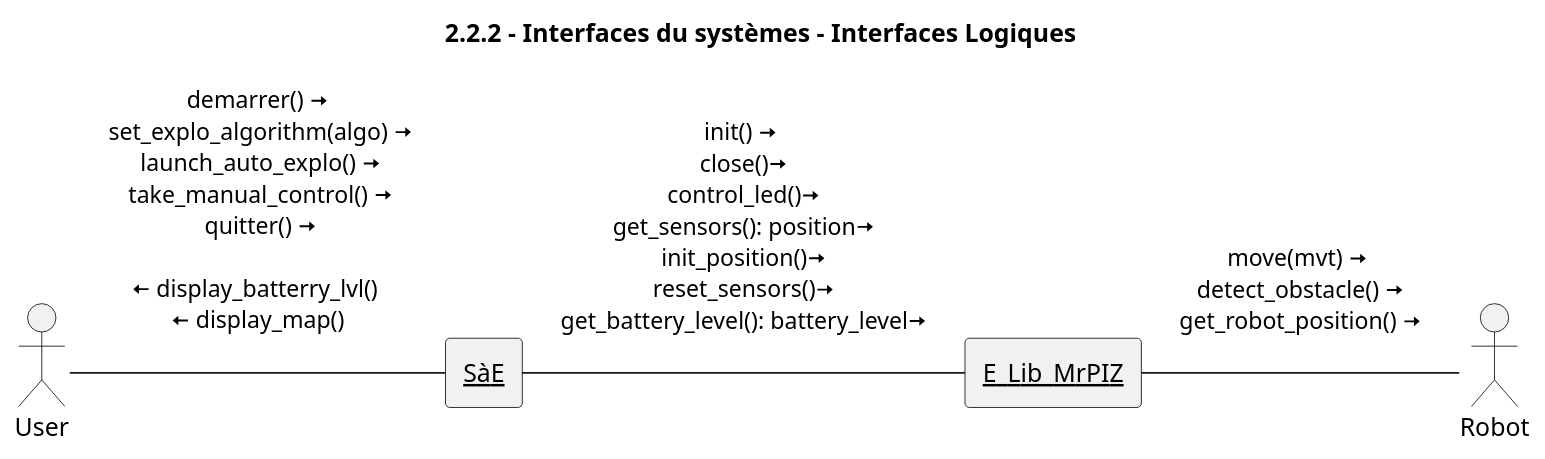
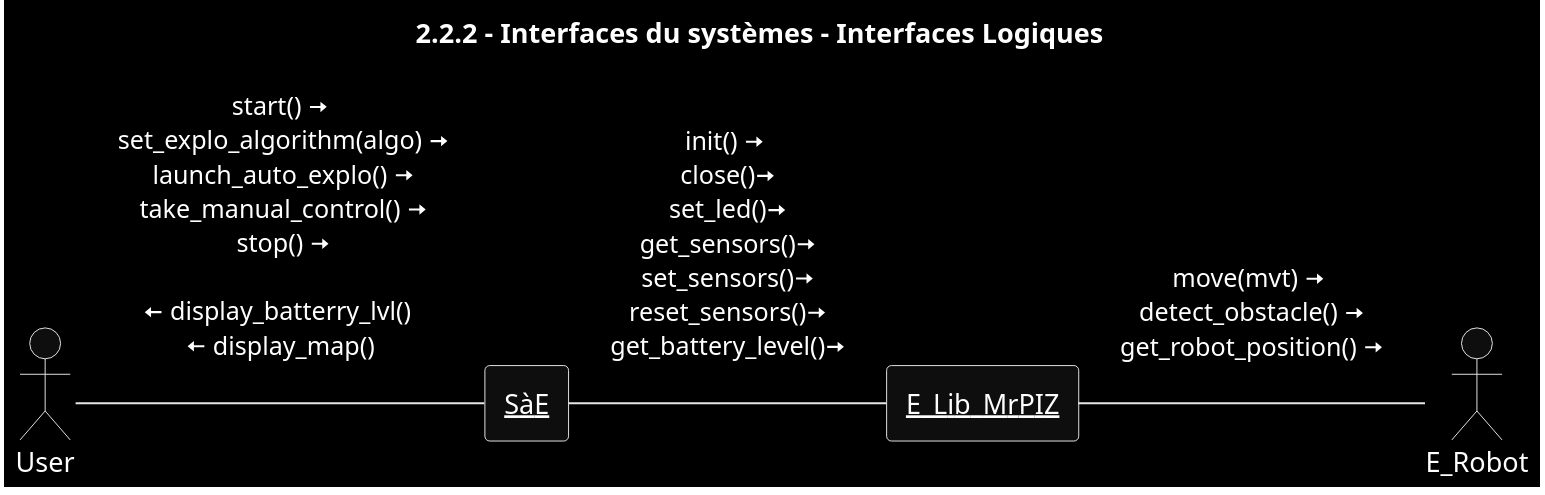
One commit to Larson-09/PATO_Project changed the diagram in Diagrammes UML/2.2.2 - Interfaces du systèmes - Interfaces Logiques/2.2.2 - Interfaces du systèmes - Interfaces Logiques.puml. Above: the diagram before and after it, drawn with PlantUML. The commit also changed 4 other files, not shown here.

Commit message:
PlantUML 2

```diff
--- a/Diagrammes UML/2.2.2 - Interfaces du systèmes - Interfaces Logiques/2.2.2 - Interfaces du systèmes - Interfaces Logiques.puml
+++ b/Diagrammes UML/2.2.2 - Interfaces du systèmes - Interfaces Logiques/2.2.2 - Interfaces du systèmes - Interfaces Logiques.puml
@@ -1,16 +1,18 @@
 @startuml
 title 2.2.2 - Interfaces du systèmes - Interfaces Logiques
+skinparam shadowing false
+skinparam monochrome reverse
 scale 1024*768
 actor User as U
-actor Robot as P
+actor E_Robot as P
 
 rectangle "<u>SàE</u>" as S{
 }
 rectangle "<u>E_Lib_MrPIZ</u>" as L{
 }
 
 
-U -right- S : demarrer() <&arrow-right>\n set_explo_algorithm(algo) <&arrow-right>\n launch_auto_explo() <&arrow-right>\n take_manual_control() <&arrow-right>\n quitter() <&arrow-right>\n \n<&arrow-left> display_batterry_lvl() \n <&arrow-left> display_map() \n
-S-right-L : init() <&arrow-right> \n close()<&arrow-right> \n control_led()<&arrow-right> \n get_sensors(): position<&arrow-right> \n init_position()<&arrow-right> \n reset_sensors()<&arrow-right> \n get_battery_level(): battery_level<&arrow-right> \n
+U -right- S : start() <&arrow-right>\n set_explo_algorithm(algo) <&arrow-right>\n launch_auto_explo() <&arrow-right>\n take_manual_control() <&arrow-right>\n stop() <&arrow-right>\n \n<&arrow-left> display_batterry_lvl() \n <&arrow-left> display_map() \n
+S-right-L : init() <&arrow-right> \n close()<&arrow-right> \n set_led()<&arrow-right> \n get_sensors()<&arrow-right> \n set_sensors()<&arrow-right> \n reset_sensors()<&arrow-right> \n get_battery_level()<&arrow-right> \n
 L-right-P : move(mvt) <&arrow-right> \n detect_obstacle() <&arrow-right> \n get_robot_position() <&arrow-right> \n
 @enduml
```
